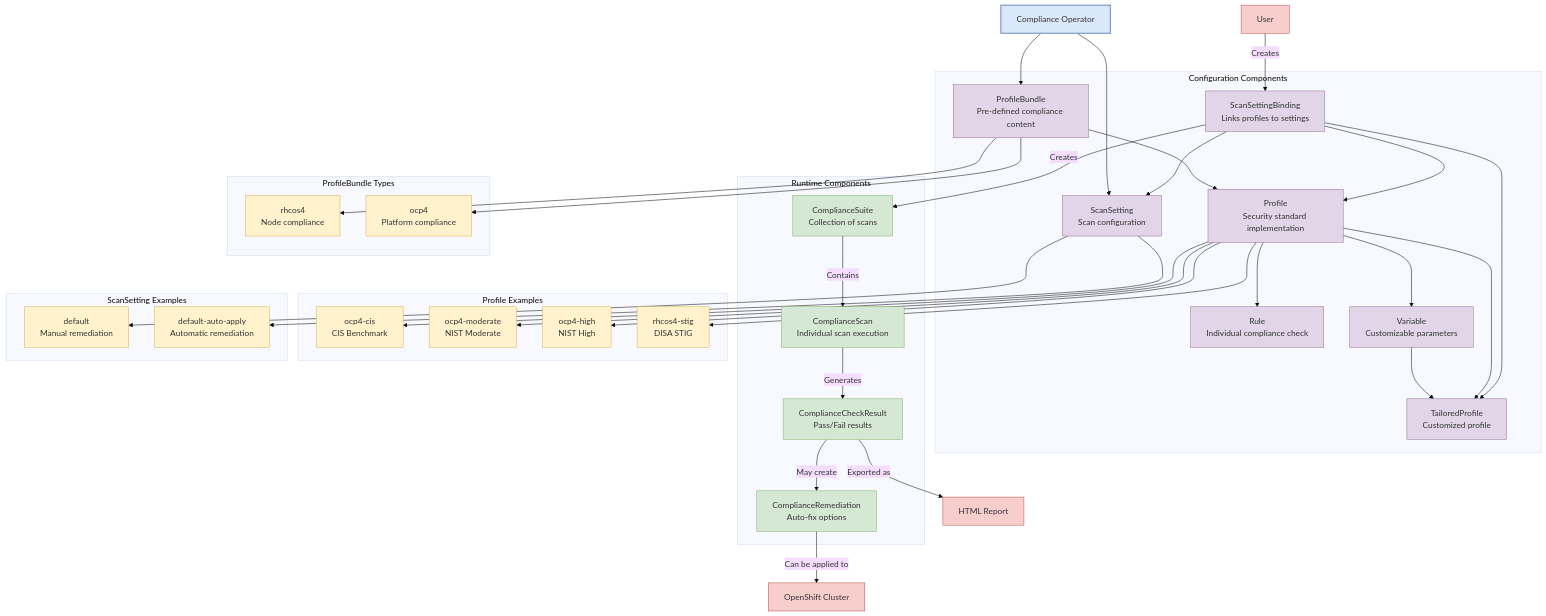
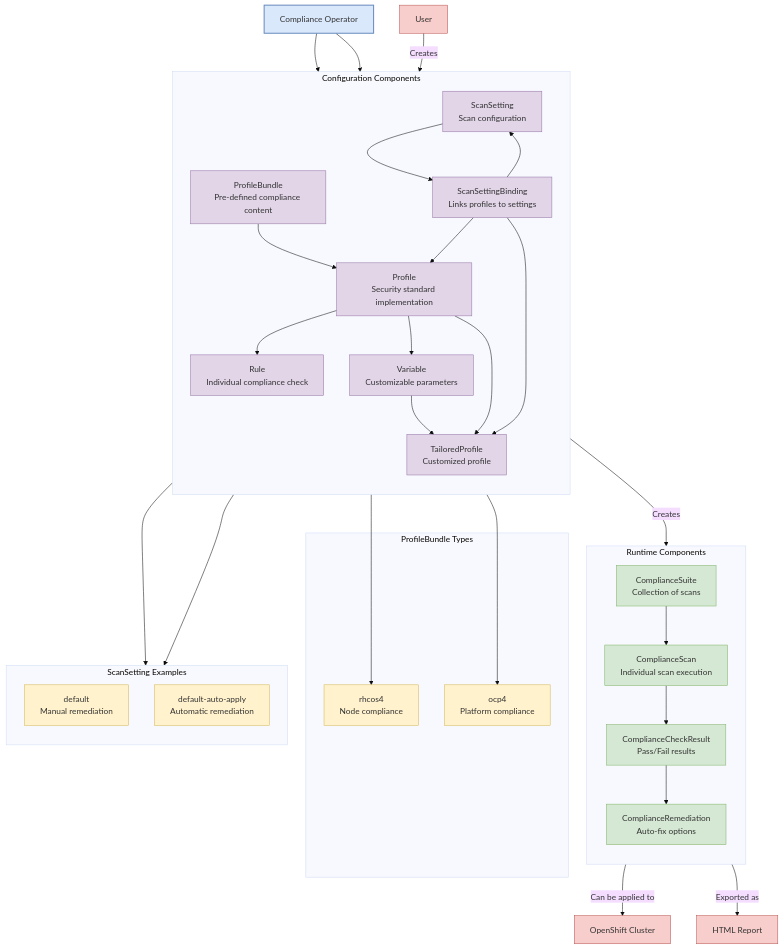
The diagram in redhat/ocp4/4.16/2025.03.compliance.operator.md (wangzheng422/docker_env), drawn with Mermaid (base theme) before and after one commit.

Commit message:
compliance

````diff
--- a/redhat/ocp4/4.16/2025.03.compliance.operator.md
+++ b/redhat/ocp4/4.16/2025.03.compliance.operator.md
@@ -28,35 +28,29 @@
 ```mermaid
 graph TD
-    %% Main Components
+    %% Main Component
     CO[Compliance Operator] 
     
-    %% Configuration Components
+    %% Configuration Components - Vertical Layout
     subgraph "Configuration Components"
-        PB[ProfileBundle<br>Pre-defined compliance content]
-        P[Profile<br>Security standard implementation]
-        R[Rule<br>Individual compliance check]
-        V[Variable<br>Customizable parameters]
-        SS[ScanSetting<br>Scan configuration]
-        SSB[ScanSettingBinding<br>Links profiles to settings]
-        TP[TailoredProfile<br>Customized profile]
+        direction TB
+        PB[ProfileBundle<br>Pre-defined compliance content] --> P[Profile<br>Security standard implementation]
+        P --> R[Rule<br>Individual compliance check]
+        P --> V[Variable<br>Customizable parameters]
+        V --> TP[TailoredProfile<br>Customized profile]
+        P --> TP
+        SS[ScanSetting<br>Scan configuration] --> SSB[ScanSettingBinding<br>Links profiles to settings]
     end
     
-    %% Runtime Components
+    %% Runtime Components - Vertical Layout
     subgraph "Runtime Components"
-        CS[ComplianceSuite<br>Collection of scans]
-        CScan[ComplianceScan<br>Individual scan execution]
-        CCR[ComplianceCheckResult<br>Pass/Fail results]
-        CR[ComplianceRemediation<br>Auto-fix options]
+        direction TB
+        CS[ComplianceSuite<br>Collection of scans] --> CScan[ComplianceScan<br>Individual scan execution]
+        CScan --> CCR[ComplianceCheckResult<br>Pass/Fail results]
+        CCR --> CR[ComplianceRemediation<br>Auto-fix options]
     end
     
     %% Relationships - Configuration
     CO --> PB
-    PB --> P
-    P --> R
-    P --> V
-    V --> TP
-    P --> TP
-    
     CO --> SS
     
     %% Relationships - Binding
@@ -66,34 +60,23 @@
     
     %% Relationships - Runtime
     SSB --> |"Creates"| CS
-    CS --> |"Contains"| CScan
-    CScan --> |"Generates"| CCR
-    CCR --> |"May create"| CR
     
-    %% Profile Types
-    subgraph "Profile Examples"
-        P1[ocp4-cis<br>CIS Benchmark]
-        P2[ocp4-moderate<br>NIST Moderate]
-        P3[ocp4-high<br>NIST High]
-        P4[rhcos4-stig<br>DISA STIG]
-    end
     
-    P --> P1
-    P --> P2
-    P --> P3
-    P --> P4
-    
-    %% ProfileBundle Types
+    %% ProfileBundle Types - Vertical Layout
     subgraph "ProfileBundle Types"
+        %% direction TB
         PB1[rhcos4<br>Node compliance]
         PB2[ocp4<br>Platform compliance]
+        %% PB1 -- invisible link --> PB2
+        %% style "invisible link" fill:none,stroke:none
     end
     
     PB --> PB1
     PB --> PB2
     
-    %% ScanSetting Types
+    %% ScanSetting Types - Vertical Layout
     subgraph "ScanSetting Examples"
+        direction TB
         SS1[default<br>Manual remediation]
         SS2[default-auto-apply<br>Automatic remediation]
     end
````
